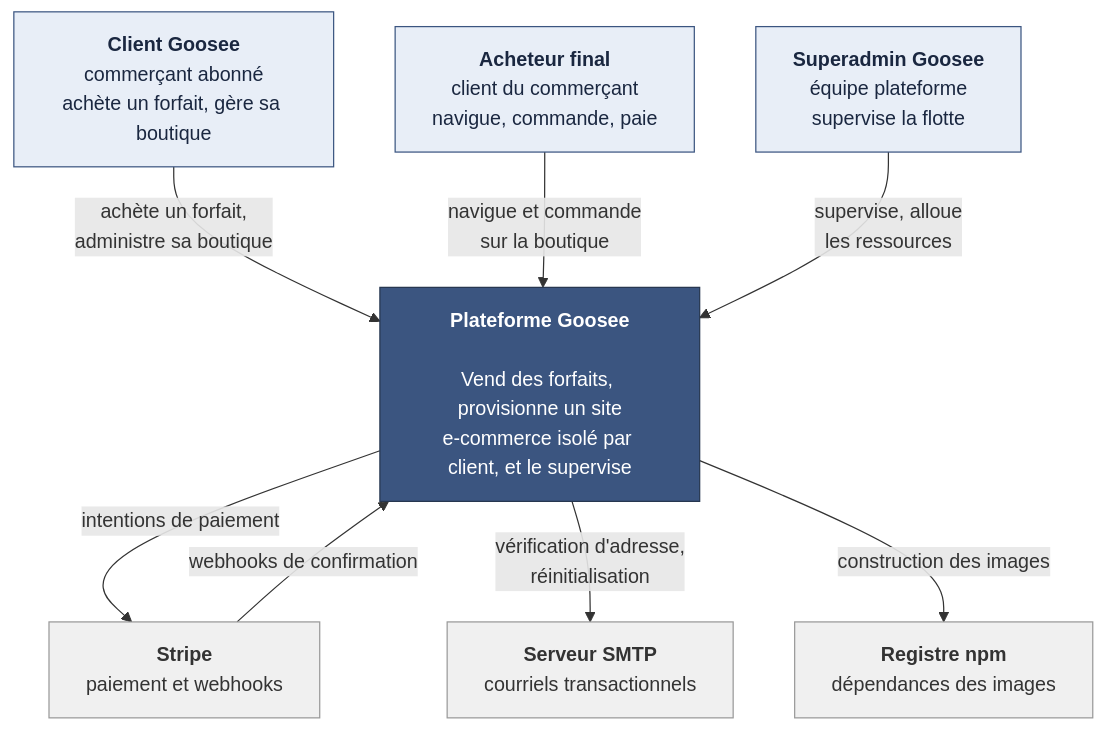
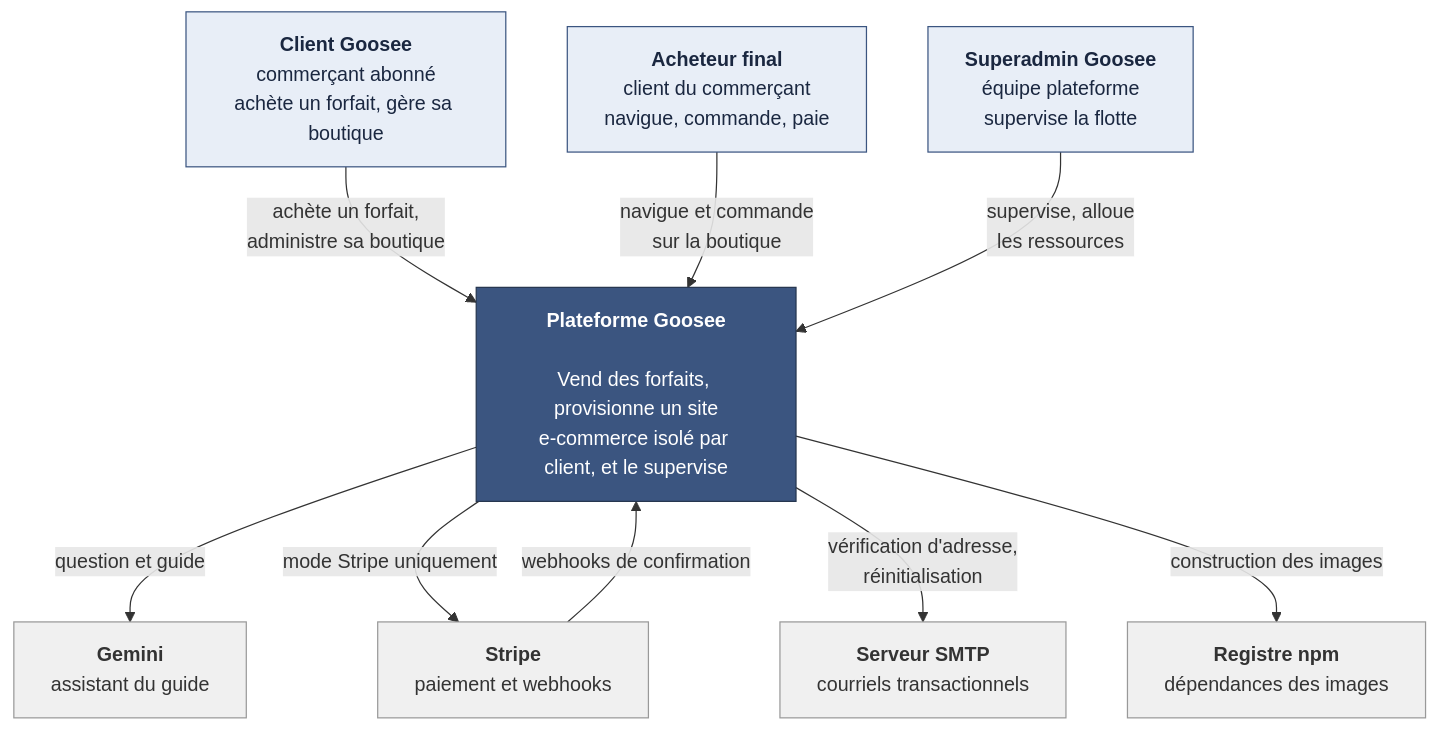
One commit to CollectEverything-MNS/Goosee changed the first of 2 diagrams in docs/architecture/c4-contexte-et-conteneurs.md. Above: the diagram before and after it, drawn with Mermaid. The commit also changed other lines of this file and 24 other files, not shown here.

Commit message:
docs: align guides diagrams and API reference with validated POC

````diff
--- a/docs/architecture/c4-contexte-et-conteneurs.md
+++ b/docs/architecture/c4-contexte-et-conteneurs.md
@@ -7,28 +7,30 @@
 ```mermaid
 graph TB
     marchand["<b>Client Goosee</b><br/>commerçant abonné<br/>achète un forfait, gère sa boutique"]
     acheteur["<b>Acheteur final</b><br/>client du commerçant<br/>navigue, commande, paie"]
     superadmin["<b>Superadmin Goosee</b><br/>équipe plateforme<br/>supervise la flotte"]
 
     goosee["<b>Plateforme Goosee</b><br/><br/>Vend des forfaits, provisionne un site<br/>e-commerce isolé par client, et le supervise"]
 
+    gemini["<b>Gemini</b><br/>assistant du guide"]
     stripe["<b>Stripe</b><br/>paiement et webhooks"]
     smtp["<b>Serveur SMTP</b><br/>courriels transactionnels"]
     registre["<b>Registre npm</b><br/>dépendances des images"]
 
     marchand -->|"achète un forfait,<br/>administre sa boutique"| goosee
     acheteur -->|"navigue et commande<br/>sur la boutique"| goosee
     superadmin -->|"supervise, alloue<br/>les ressources"| goosee
 
-    goosee -->|"intentions de paiement"| stripe
+    goosee -->|"question et guide"| gemini
+    goosee -->|"mode Stripe uniquement"| stripe
     stripe -->|"webhooks de confirmation"| goosee
     goosee -->|"vérification d'adresse,<br/>réinitialisation"| smtp
     goosee -->|"construction des images"| registre
 
     classDef acteur fill:#e8eef7,stroke:#3b5580,stroke-width:1px,color:#1a2740
     classDef systeme fill:#3b5580,stroke:#26364f,stroke-width:1px,color:#ffffff
     classDef externe fill:#f0f0f0,stroke:#999,stroke-width:1px,color:#333
     class marchand,acheteur,superadmin acteur
     class goosee systeme
-    class stripe,smtp,registre externe
+    class stripe,smtp,registre,gemini externe
 ```
````
